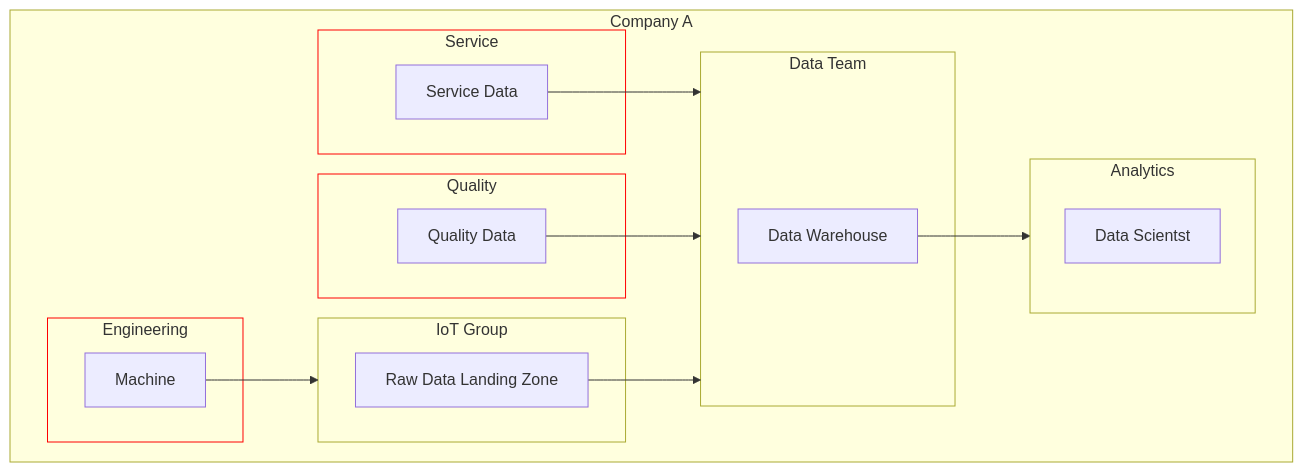
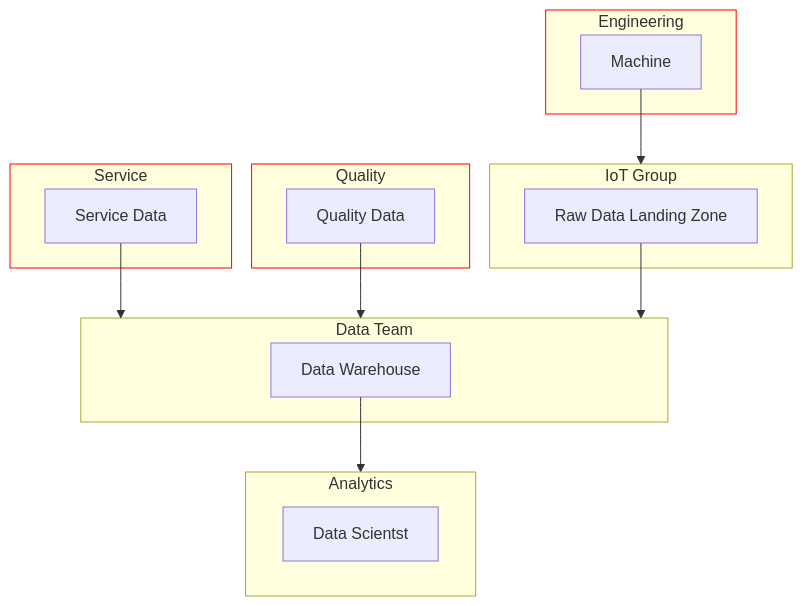
One commit to ujkam/ujkam.com changed the third of 4 diagrams in content/posts/An Exploration of How Businesses Decide what Data to Collect.md. Above: the diagram before and after it, drawn with Mermaid. The commit also changed other lines of this file and 1 other file, not shown here.

Commit message:
fiupdate charts

```diff
--- a/content/posts/An Exploration of How Businesses Decide what Data to Collect.md
+++ b/content/posts/An Exploration of How Businesses Decide what Data to Collect.md
@@ -84,31 +84,29 @@
 <div class="mermaid">
 flowchart TD
-	subgraph Company A
 		subgraph Engineering
 		M[Machine]
 		end
 		subgraph Service
 		S[Service Data]
 		end
 		subgraph Quality
 		Q[Quality Data]
 		end
 		subgraph IOT[IoT Group]
 		C[Raw Data Landing Zone]
 		end
 		subgraph DT[Data Team]
 		DW[Data Warehouse] 
 		end
 		subgraph A[Analytics]
 		DS[Data Scientst]
 		end
-	end
     style Engineering stroke:#ff0000
     style Service stroke:#ff0000
     style Quality stroke:#ff0000
 	M --> IOT
 	DW --> A
 	S  --> DT
 	Q --> DT
 	C --> DT
 </div>
```
